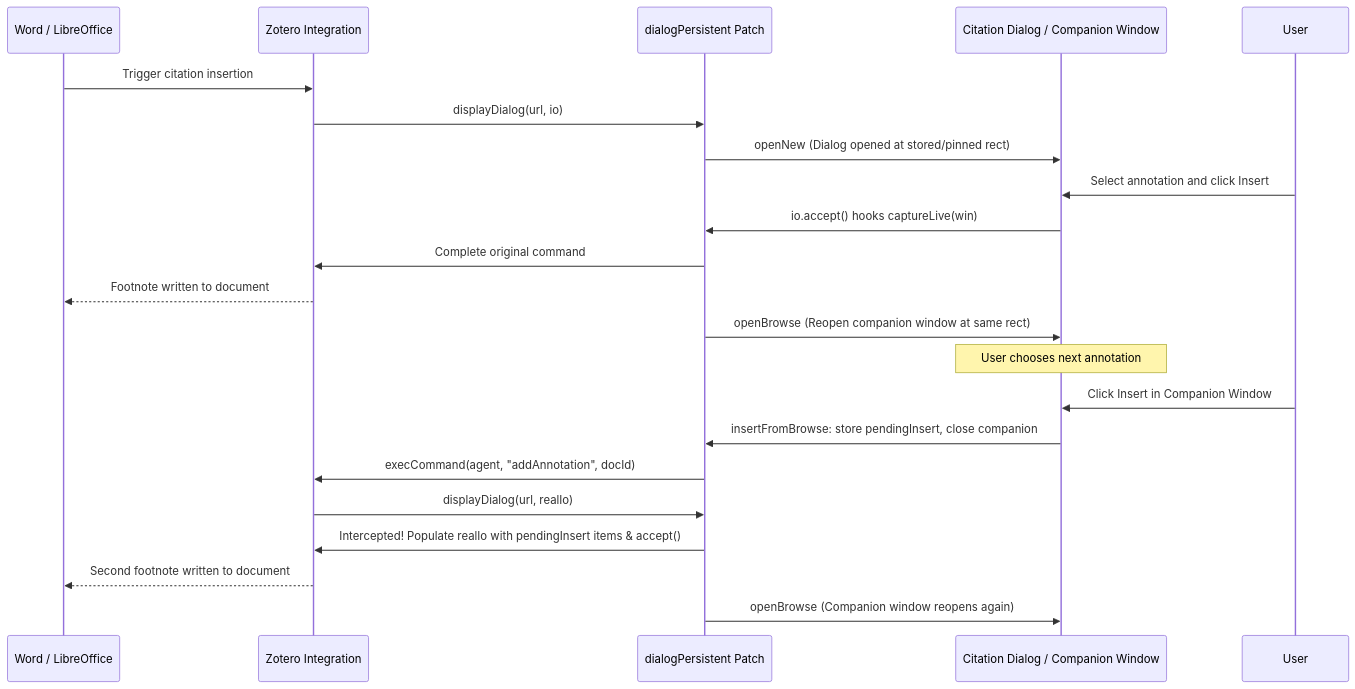
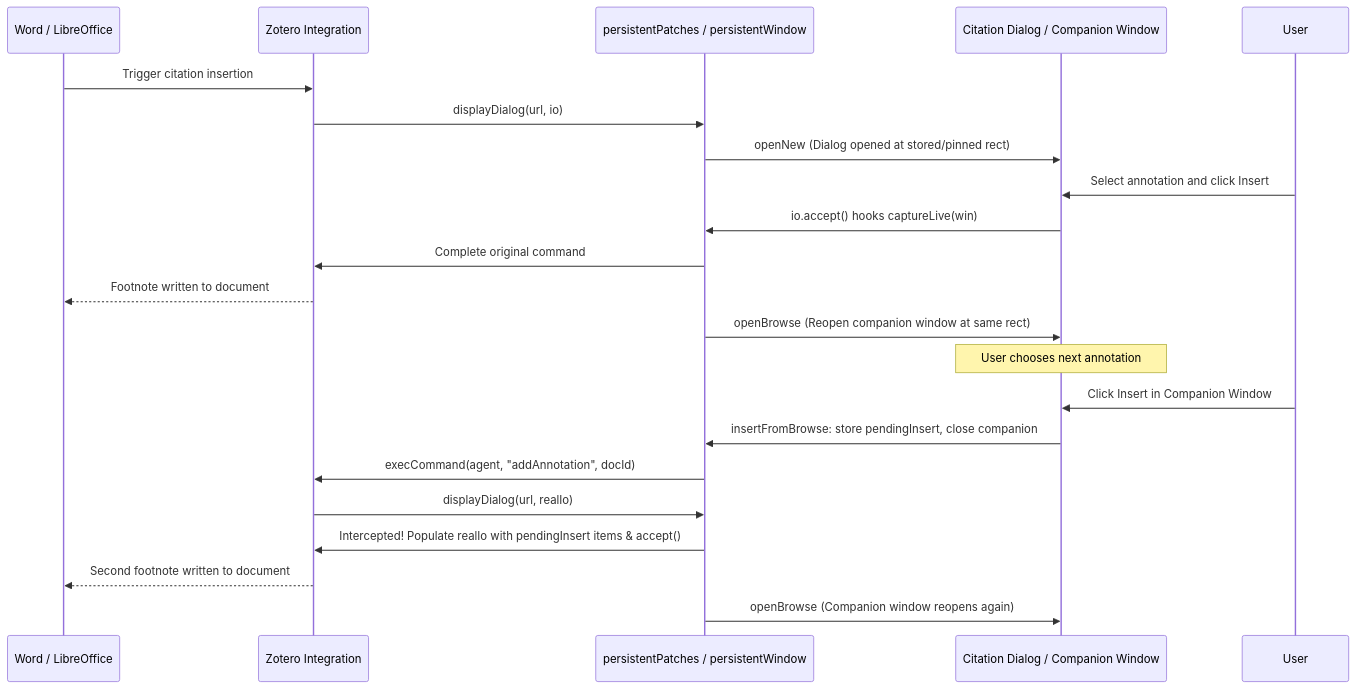
The seventh of 7 diagrams in openwiki/features/organizer.md (justanotherjurastudent/zotero_FlexAnnotate), drawn with Mermaid before and after one commit. The commit also changed other lines of this file and 38 other files, not shown here.

````diff
--- a/openwiki/features/organizer.md
+++ b/openwiki/features/organizer.md
@@ -409,25 +577,25 @@
 ```mermaid
 sequenceDiagram
     participant W as Word / LibreOffice
     participant Z as Zotero Integration
-    participant P as dialogPersistent Patch
+    participant P as persistentPatches / persistentWindow
     participant D as Citation Dialog / Companion Window
 
     W->>Z: Trigger citation insertion
     Z->>P: displayDialog(url, io)
     P->>D: openNew (Dialog opened at stored/pinned rect)
     User->>D: Select annotation and click Insert
     D->>P: io.accept() hooks captureLive(win)
     P->>Z: Complete original command
     Z-->>W: Footnote written to document
     P->>D: openBrowse (Reopen companion window at same rect)
     
     Note over D: User chooses next annotation
     User->>D: Click Insert in Companion Window
     D->>P: insertFromBrowse: store pendingInsert, close companion
     P->>Z: execCommand(agent, "addAnnotation", docId)
     Z->>P: displayDialog(url, realIo)
     P->>Z: Intercepted! Populate realIo with pendingInsert items & accept()
     Z-->>W: Second footnote written to document
     P->>D: openBrowse (Companion window reopens again)
 ```
````
